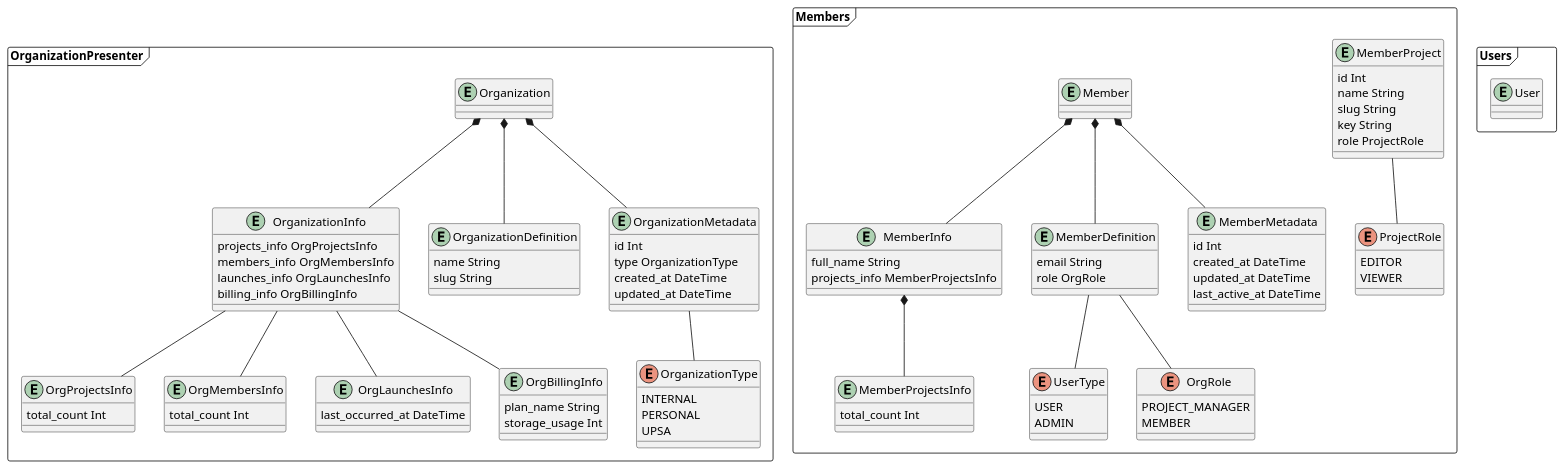
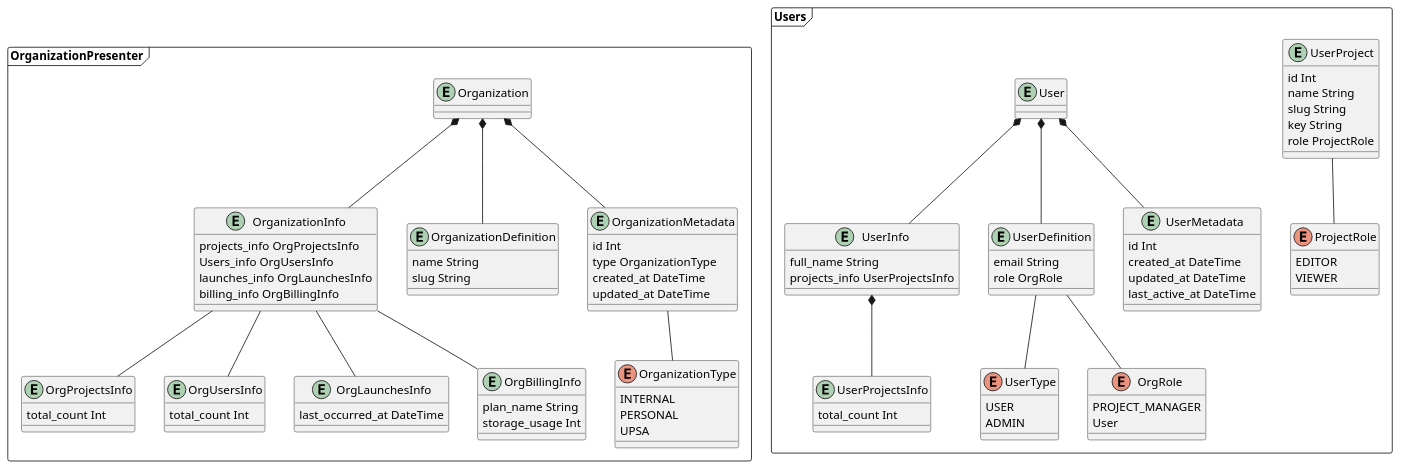
One commit to reportportal/api-registry changed the diagram in docs/organizations/orgnizations.puml. Above: the diagram before and after it, drawn with PlantUML. The commit also changed 4 other files, not shown here.

```diff
--- a/docs/organizations/orgnizations.puml
+++ b/docs/organizations/orgnizations.puml
@@ -5,119 +5,119 @@
 @startuml organizational-entities
 
 frame OrganizationPresenter {
   entity Organization
   
   entity OrganizationDefinition {
     name String
     slug String
   }
 
   entity OrganizationMetadata {
     id Int
     type OrganizationType
     created_at DateTime
     updated_at DateTime
   }
 
   entity OrganizationInfo {
     projects_info OrgProjectsInfo
-    members_info OrgMembersInfo
+    Users_info OrgUsersInfo
     launches_info OrgLaunchesInfo
     billing_info OrgBillingInfo
   }
 
   entity OrgProjectsInfo {
     total_count Int
   }
   OrgProjectsInfo -up- OrganizationInfo
 
-  entity OrgMembersInfo {
+  entity OrgUsersInfo {
     total_count Int
   }
-  OrgMembersInfo -up- OrganizationInfo
+  OrgUsersInfo -up- OrganizationInfo
 
   entity OrgLaunchesInfo {
     last_occurred_at DateTime
   }
   OrgLaunchesInfo -up- OrganizationInfo
 
   entity OrgBillingInfo {
     plan_name String
     storage_usage Int
   }
   OrgBillingInfo -up- OrganizationInfo
 
   enum OrganizationType {
     INTERNAL
     PERSONAL
     UPSA
   }
   OrganizationMetadata -- OrganizationType
 
   Organization *-- OrganizationDefinition
   Organization *-- OrganizationMetadata
   Organization *-- OrganizationInfo
 
 }
 
-frame Members {
+frame Users {
 
-  entity Member
+  entity User
 
-  entity MemberDefinition {
+  entity UserDefinition {
     email String
     role OrgRole
   }
-  MemberDefinition -up-* Member
+  UserDefinition -up-* User
 
-  entity MemberMetadata {
+  entity UserMetadata {
     id Int
     created_at DateTime
     updated_at DateTime
     last_active_at DateTime
   }
-  MemberMetadata -up-* Member
+  UserMetadata -up-* User
 
-  entity MemberInfo {
+  entity UserInfo {
     full_name String
-    projects_info MemberProjectsInfo
+    projects_info UserProjectsInfo
   }
-  MemberInfo -up-* Member
+  UserInfo -up-* User
 
   enum UserType {
     USER
     ADMIN
   }
-  UserType -up- MemberDefinition
+  UserType -up- UserDefinition
 
   enum OrgRole {
     PROJECT_MANAGER
-    MEMBER
+    User
   }
-  OrgRole -up- MemberDefinition
+  OrgRole -up- UserDefinition
 
-  entity MemberProjectsInfo {
+  entity UserProjectsInfo {
     total_count Int
   }
-  MemberProjectsInfo -up-* MemberInfo
+  UserProjectsInfo -up-* UserInfo
 
-  entity MemberProject {
+  entity UserProject {
     id Int
     name String
     slug String
     key String
     role ProjectRole
   }
 
   enum ProjectRole {
     EDITOR
     VIEWER
   }
-  ProjectRole -up- MemberProject
+  ProjectRole -up- UserProject
 }
 
 frame Users {
   entity User 
 }
 
 @enduml
```
